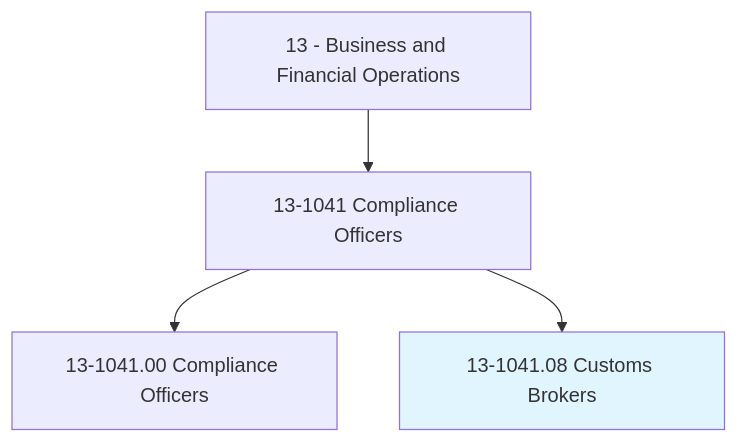
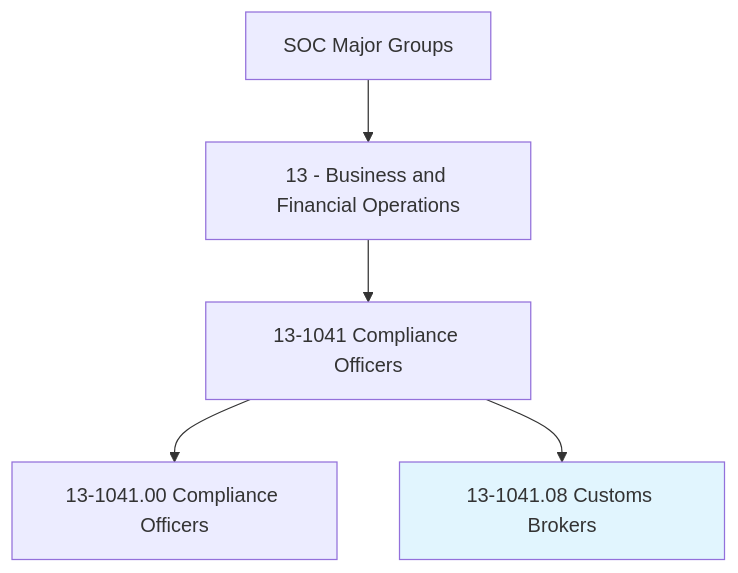
The first of 4 diagrams in occupations/Business/CustomsBrokers.mdx (kziemski/business.org.ai), drawn with Mermaid before and after one commit. The commit also changed other lines of this file and 938 other files, not shown here.

````diff
--- a/occupations/Business/CustomsBrokers.mdx
+++ b/occupations/Business/CustomsBrokers.mdx
@@ -19,7 +25,8 @@
 ```mermaid
 graph TD
-    Cat13["13 - Business and Financial Operations"] --> Group131041["13-1041 Compliance Officers"]
-    Group131041 --> Base["13-1041.00 Compliance Officers"]
-    Group131041 --> Current["13-1041.08 Customs Brokers"]
+    SOC["SOC Major Groups"] --> Cat13["13 - Business and Financial Operations"]
+    Cat13 --> G131041["13-1041 Compliance Officers"]
+    G131041 --> Base["13-1041.00 Compliance Officers"]
+    G131041 --> Current["13-1041.08 Customs Brokers"]
     style Current fill:#e1f5fe
 ```
````
